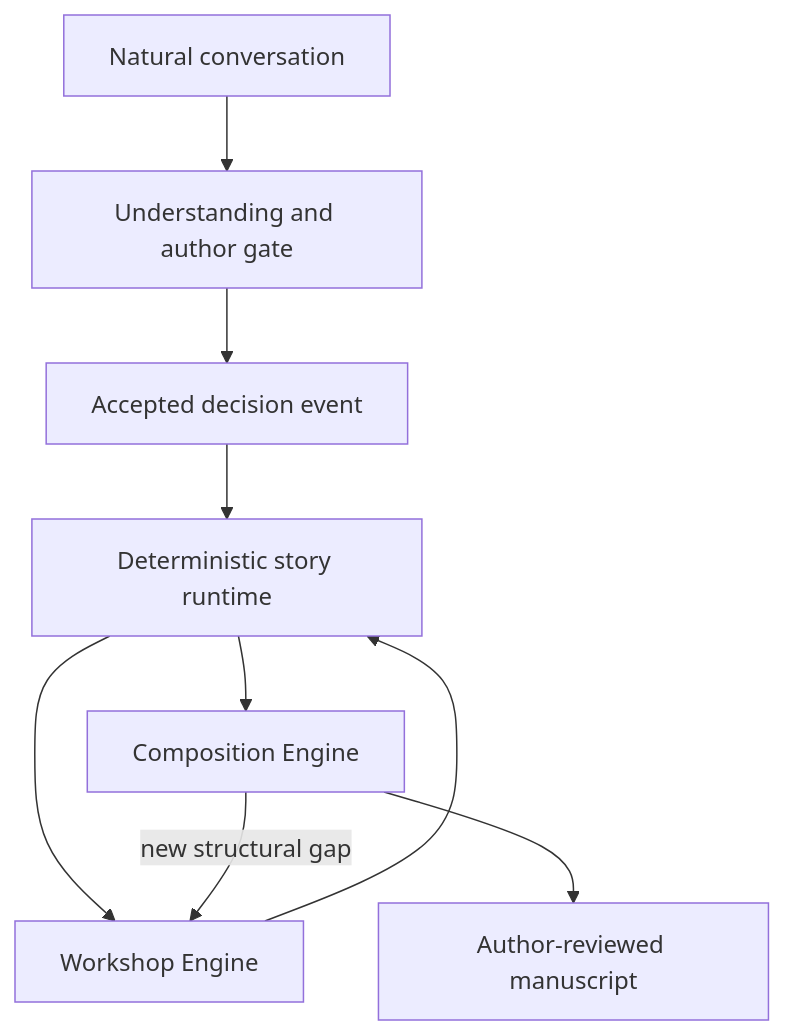
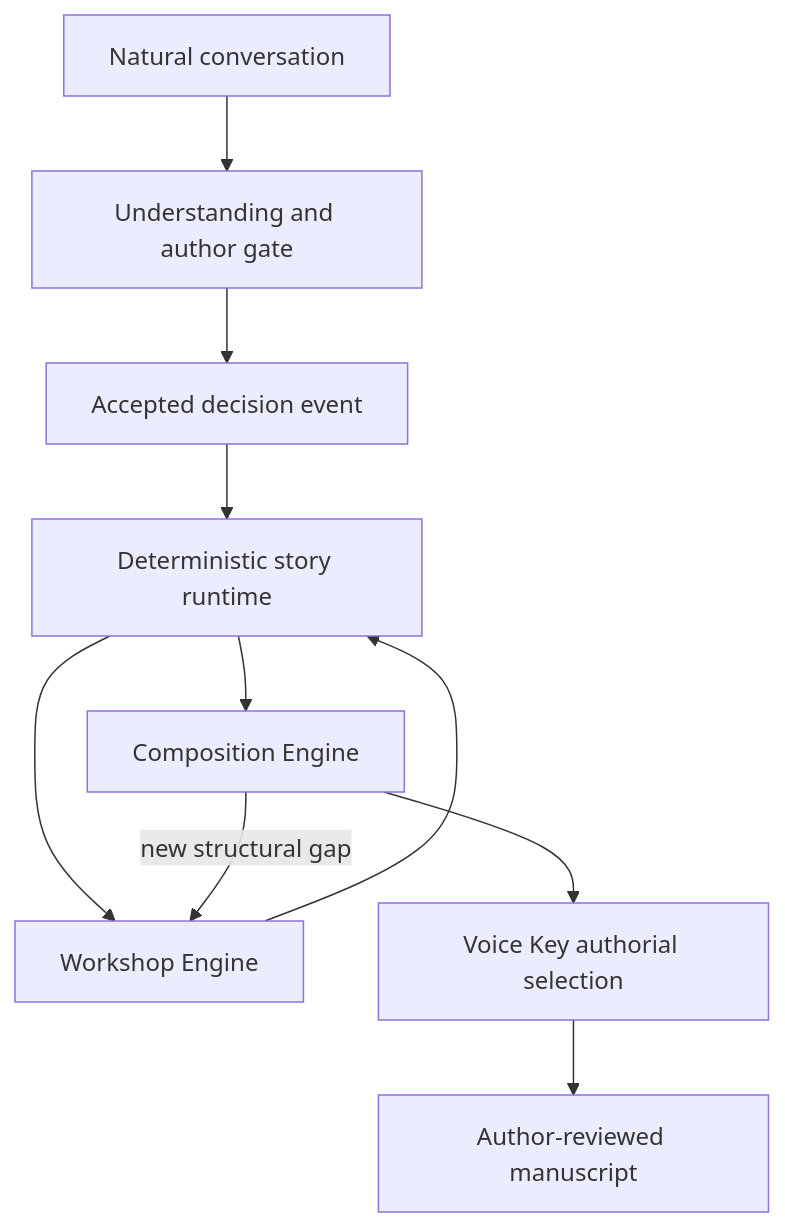
The diagram in 07 Coordination/Authoring System/README.md (cubixmeow-commits/seeds-of-the-throne), drawn with Mermaid before and after one commit. The commit also changed other lines of this file and 9 other files, not shown here.

Commit message:
Integrate Voice Key authorial selection system

````diff
--- a/07 Coordination/Authoring System/README.md
+++ b/07 Coordination/Authoring System/README.md
@@ -18,11 +18,12 @@
 ```mermaid
 flowchart TD
     A["Natural conversation"] --> B["Understanding and author gate"]
     B --> C["Accepted decision event"]
     C --> D["Deterministic story runtime"]
     D --> E["Workshop Engine"]
     D --> F["Composition Engine"]
     E --> D
-    F --> G["Author-reviewed manuscript"]
+    F --> V["Voice Key authorial selection"]
+    V --> G["Author-reviewed manuscript"]
     F -->|"new structural gap"| E
 ```
````
